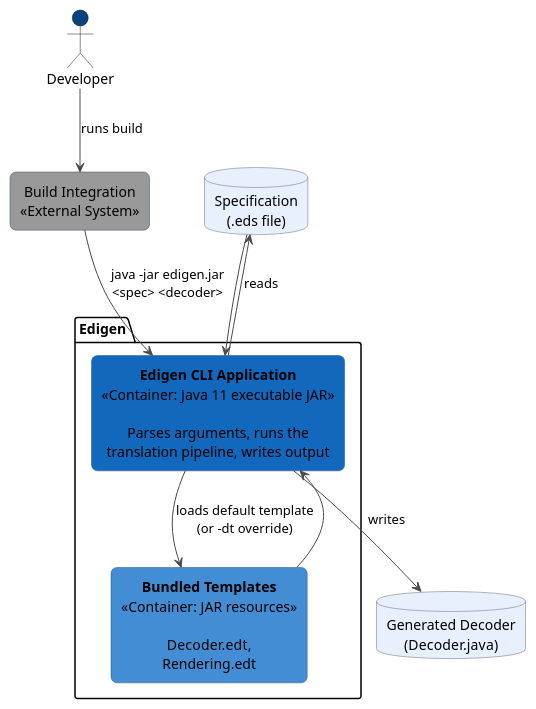
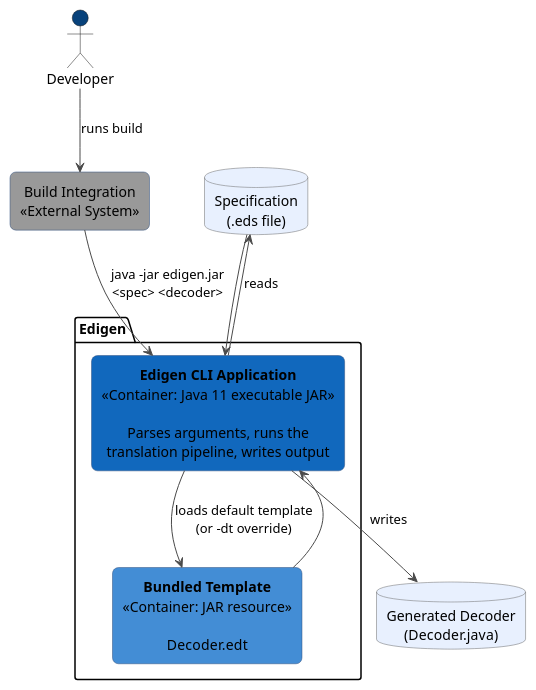
One commit to emustudio/edigen changed the diagram in docs/_c4-container.adoc. Above: the diagram before and after it, drawn with PlantUML. The commit also changed other lines of this file and 6 other files, not shown here.

Commit message:
[#99] Inline instruction rendering into decoder template

```diff
--- a/docs/_c4-container.adoc
+++ b/docs/_c4-container.adoc
@@ -8,35 +8,35 @@
 [plantuml,c4-container,svg]
 ....
 @startuml
 skinparam defaultTextAlignment center
 skinparam shadowing false
 skinparam rectangle {
   roundCorner 12
   BorderColor #2E4E7E
 }
 skinparam database {
   BorderColor #6B6B6B
 }
 skinparam ArrowColor #4A4A4A
 
 actor "Developer" as dev #08427B
 rectangle "Build Integration\n<<External System>>" as build #999999
 
 package "Edigen" {
   rectangle "**Edigen CLI Application**\n<<Container: Java 11 executable JAR>>\n\nParses arguments, runs the\ntranslation pipeline, writes output" as app #1168BD
-  rectangle "**Bundled Templates**\n<<Container: JAR resources>>\n\nDecoder.edt,\nRendering.edt" as tpl #438DD5
+  rectangle "**Bundled Template**\n<<Container: JAR resource>>\n\nDecoder.edt" as tpl #438DD5
 }
 
 database "Specification\n(.eds file)" as eds #E8F0FE
 database "Generated Decoder\n(Decoder.java)" as dec #E8F0FE
 
 dev --> build : runs build
 build --> app : java -jar edigen.jar\n<spec> <decoder>
 app --> eds : reads
 eds --> app
 app --> tpl : loads default template\n(or -dt override)
 tpl --> app
 app --> dec : writes
 
 @enduml
 ....
```
